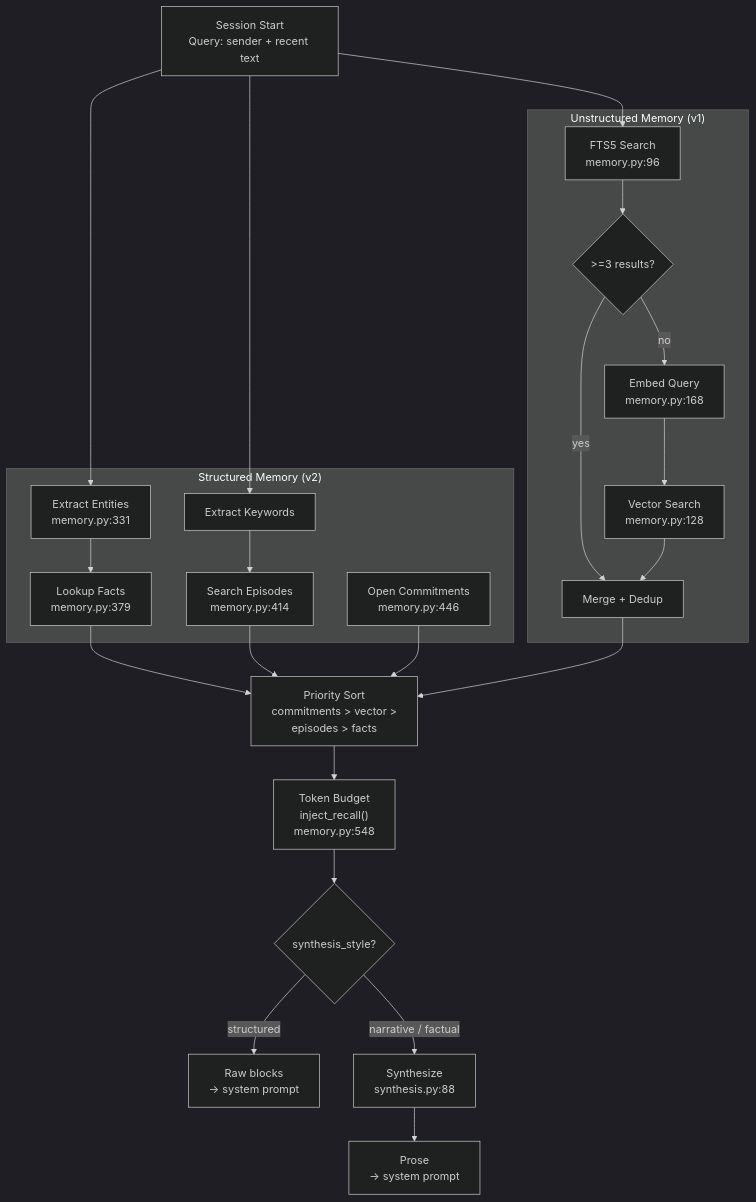
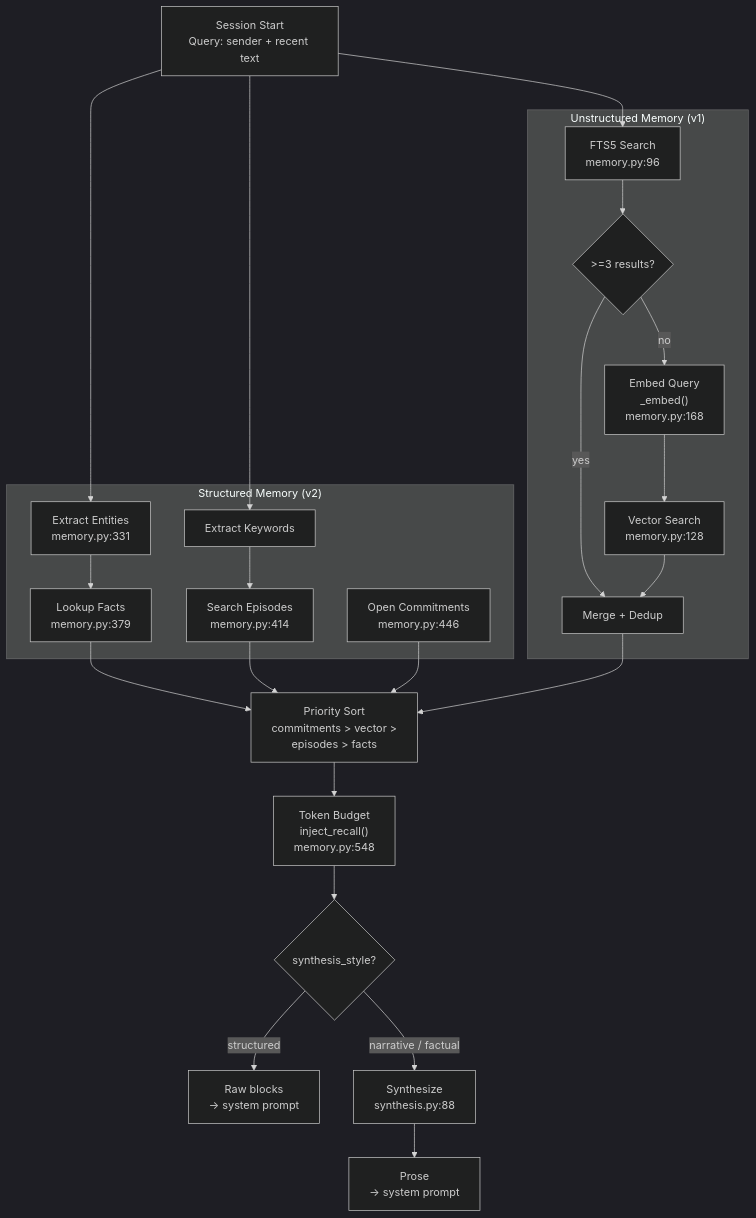
Before and after one commit to nicolasforstinger/lucyd: the fourth of 8 diagrams in docs/diagrams.md, drawn with Mermaid (dark theme). The commit also changed other lines of this file, not shown here.

Commit message:
docs: sync diagrams with cycle 9 line numbers and new HTTP endpoints

````diff
--- a/docs/diagrams.md
+++ b/docs/diagrams.md
@@ -134,42 +134,42 @@
 ```mermaid
 flowchart TD
     QUERY["Session Start<br/>Query: sender + recent text"]
 
     subgraph Structured["Structured Memory (v2)"]
         ENTITIES["Extract Entities<br/>memory.py:331"]
         FACTS["Lookup Facts<br/>memory.py:379"]
         KEYWORDS["Extract Keywords"]
         EPISODES["Search Episodes<br/>memory.py:414"]
         COMMITMENTS["Open Commitments<br/>memory.py:446"]
     end
 
     subgraph Unstructured["Unstructured Memory (v1)"]
         FTS["FTS5 Search<br/>memory.py:96"]
         FTS_CHECK{">=3 results?"}
-        EMBED["Embed Query<br/>memory.py:168"]
+        EMBED["Embed Query<br/>_embed()<br/>memory.py:168"]
         VECTOR["Vector Search<br/>memory.py:128"]
         MERGE["Merge + Dedup"]
     end
 
     PRIORITY["Priority Sort<br/>commitments > vector ><br/>episodes > facts"]
     BUDGET["Token Budget<br/>inject_recall()<br/>memory.py:548"]
 
     SYNTH_CHECK{"synthesis_style?"}
     RAW["Raw blocks<br/>→ system prompt"]
     LLM_SYNTH["Synthesize<br/>synthesis.py:88"]
     PROSE["Prose<br/>→ system prompt"]
 
     QUERY --> ENTITIES --> FACTS
     QUERY --> KEYWORDS --> EPISODES
     QUERY --> FTS --> FTS_CHECK
     FTS_CHECK -->|yes| MERGE
     FTS_CHECK -->|no| EMBED --> VECTOR --> MERGE
 
     FACTS --> PRIORITY
     EPISODES --> PRIORITY
     COMMITMENTS --> PRIORITY
     MERGE --> PRIORITY
     PRIORITY --> BUDGET --> SYNTH_CHECK
     SYNTH_CHECK -->|structured| RAW
     SYNTH_CHECK -->|"narrative / factual"| LLM_SYNTH --> PROSE
 ```
````
